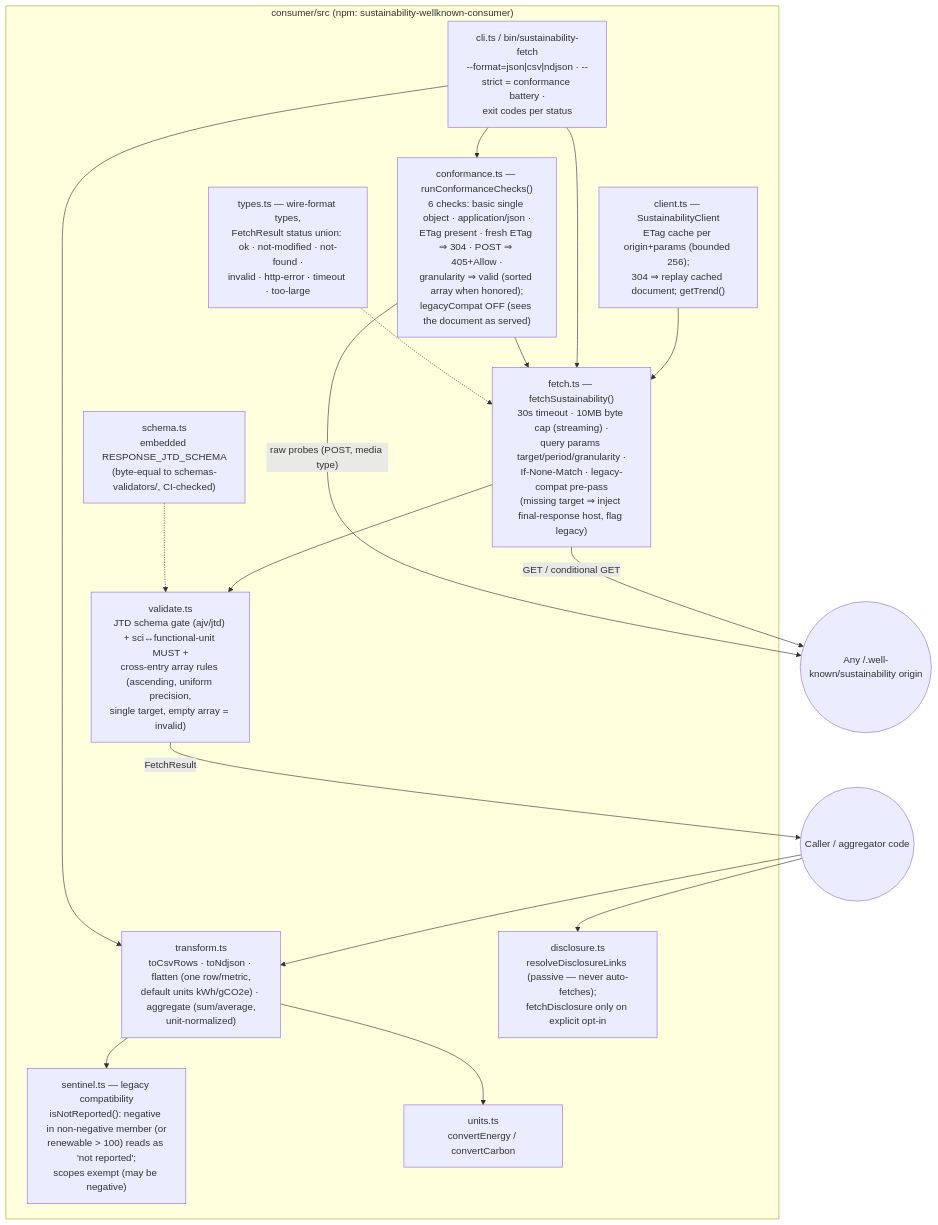
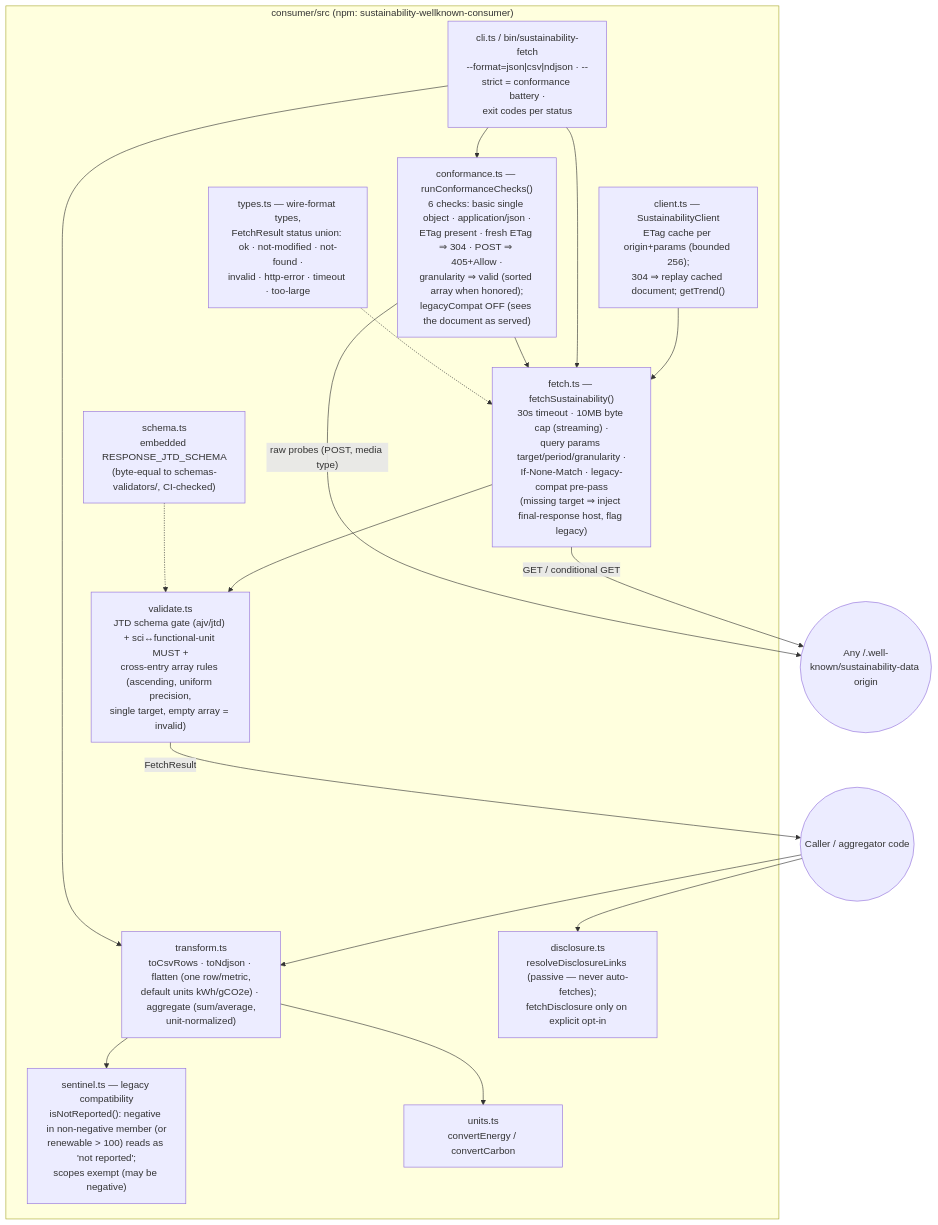
The ninth of 10 diagrams in architecture/README.md (andreibesleaga/rfc-sustainability-wellknown), drawn with Mermaid before and after one commit. The commit also changed other lines of this file and 117 other files, not shown here.

````diff
--- a/architecture/README.md
+++ b/architecture/README.md
@@ -675,36 +687,36 @@
 ```mermaid
 flowchart TB
-    ORIGIN(("Any /.well-known/sustainability origin"))
+    ORIGIN(("Any /.well-known/sustainability-data origin"))
 
     subgraph CONS["consumer/src (npm: sustainability-wellknown-consumer)"]
         FETCH["fetch.ts — fetchSustainability()<br/>30s timeout · 10MB byte cap (streaming) ·<br/>query params target/period/granularity ·<br/>If-None-Match · legacy-compat pre-pass<br/>(missing target ⇒ inject final-response host, flag legacy)"]
         VAL2["validate.ts<br/>JTD schema gate (ajv/jtd) + sci↔functional-unit MUST +<br/>cross-entry array rules (ascending, uniform precision,<br/>single target, empty array = invalid)"]
         SCH2["schema.ts<br/>embedded RESPONSE_JTD_SCHEMA<br/>(byte-equal to schemas-validators/, CI-checked)"]
         SENT["sentinel.ts — legacy compatibility<br/>isNotReported(): negative in non-negative member (or<br/>renewable > 100) reads as 'not reported';<br/>scopes exempt (may be negative)"]
         UNITS["units.ts<br/>convertEnergy / convertCarbon"]
         TRANS["transform.ts<br/>toCsvRows · toNdjson · flatten (one row/metric,<br/>default units kWh/gCO2e) · aggregate (sum/average,<br/>unit-normalized)"]
         CLIENT2["client.ts — SustainabilityClient<br/>ETag cache per origin+params (bounded 256);<br/>304 ⇒ replay cached document; getTrend()"]
         CONF["conformance.ts — runConformanceChecks()<br/>6 checks: basic single object · application/json ·<br/>ETag present · fresh ETag ⇒ 304 · POST ⇒ 405+Allow ·<br/>granularity ⇒ valid (sorted array when honored);<br/>legacyCompat OFF (sees the document as served)"]
         DISC["disclosure.ts<br/>resolveDisclosureLinks (passive — never auto-fetches);<br/>fetchDisclosure only on explicit opt-in"]
         CLI3["cli.ts / bin/sustainability-fetch<br/>--format=json|csv|ndjson · --strict = conformance battery ·<br/>exit codes per status"]
         TYPES["types.ts — wire-format types,<br/>FetchResult status union: ok · not-modified · not-found ·<br/>invalid · http-error · timeout · too-large"]
     end
 
     APP(("Caller / aggregator code"))
 
     FETCH -- "GET / conditional GET" --> ORIGIN
     CONF -- "raw probes (POST, media type)" --> ORIGIN
     FETCH --> VAL2
     SCH2 -.-> VAL2
     VAL2 -- "FetchResult" --> APP
     CLIENT2 --> FETCH
     CLI3 --> FETCH
     CLI3 --> CONF
     CONF --> FETCH
     APP --> TRANS
     TRANS --> SENT
     TRANS --> UNITS
     APP --> DISC
     TYPES -.-> FETCH
     CLI3 --> TRANS
 ```
````
